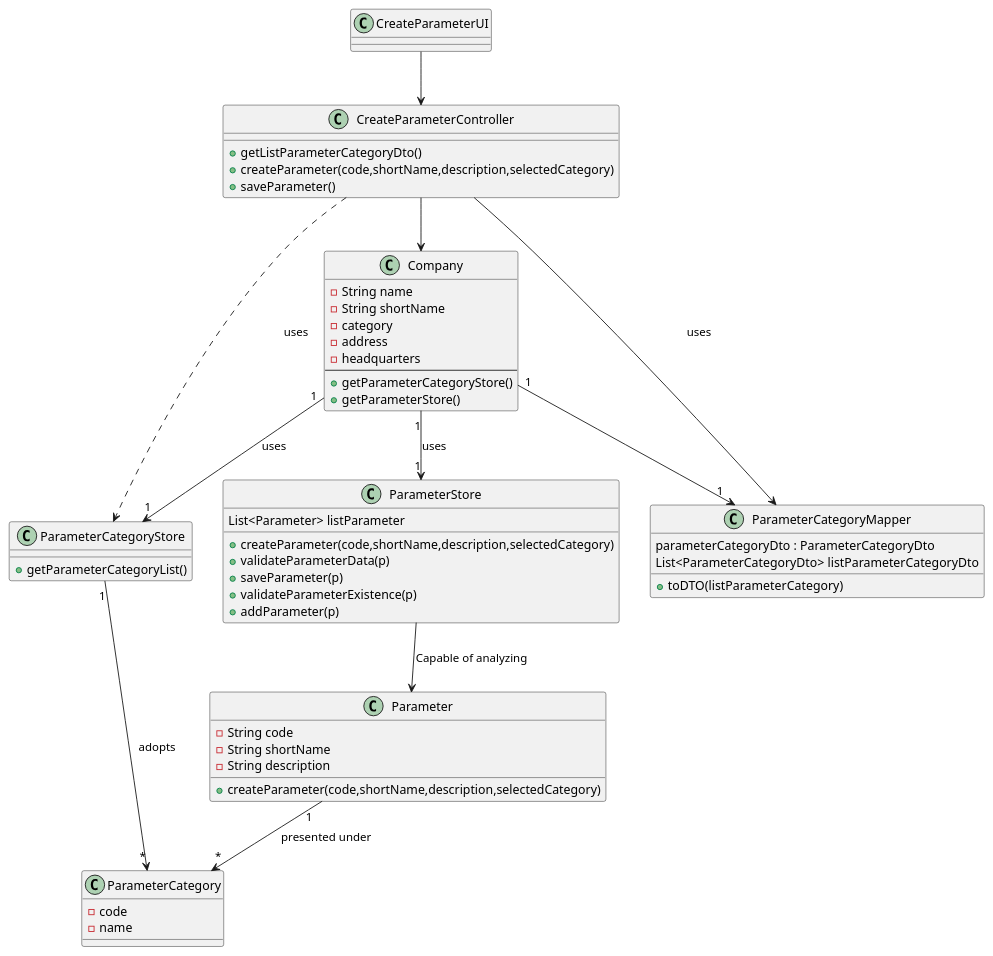
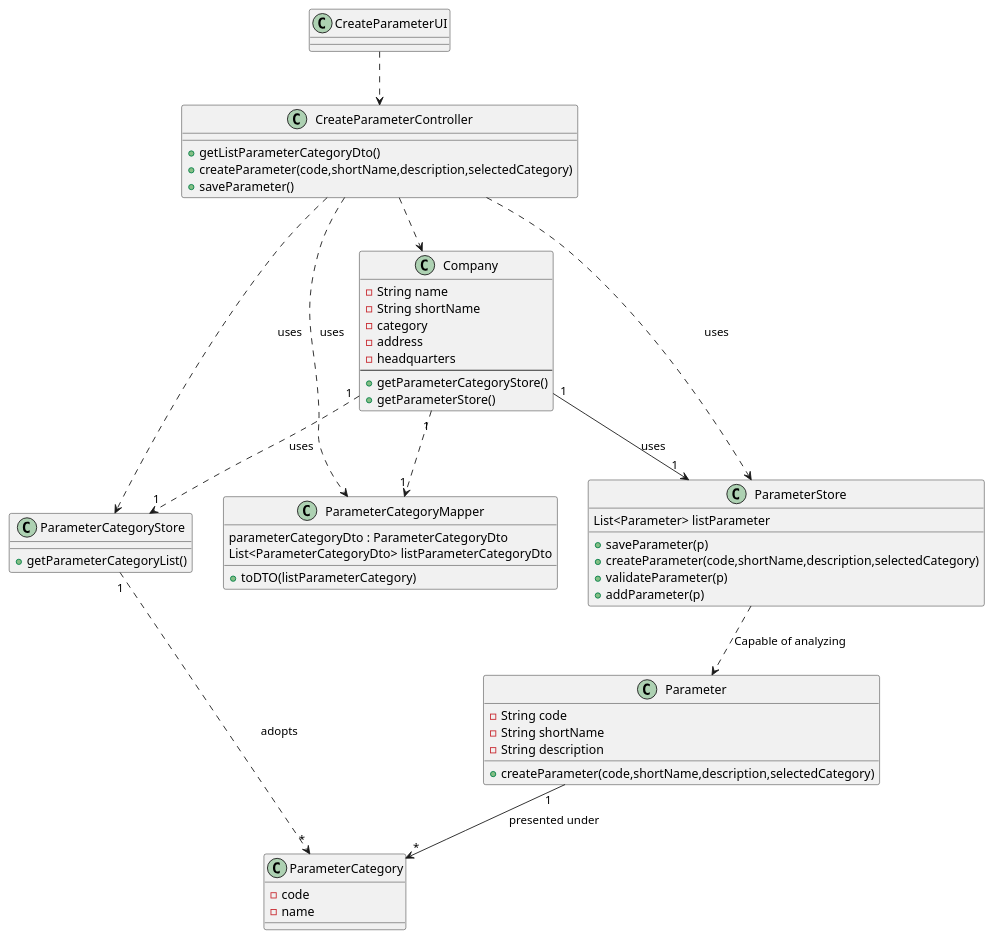
One commit to manu-07-ela/LAPR2_ISEP changed the diagram in docs/SprintB/US10/US10_CD.puml. Above: the diagram before and after it, drawn with PlantUML. The commit also changed 5 other files, not shown here.

Commit message:
Implementing the Create Parameter Controller

```diff
--- a/docs/SprintB/US10/US10_CD.puml
+++ b/docs/SprintB/US10/US10_CD.puml
@@ -1,69 +1,69 @@
 @startuml
 
 class CreateParameterUI{
 }
 
 class CreateParameterController{
 +getListParameterCategoryDto()
 +createParameter(code,shortName,description,selectedCategory)
 +saveParameter()
 }
 
 class Company{
 -String name
 -String shortName
 -category
 -address
 -headquarters
 --
 +getParameterCategoryStore()
 +getParameterStore()
 }
 
 class ParameterStore {
++saveParameter(p)
 +createParameter(code,shortName,description,selectedCategory)
-+validateParameterData(p)
-+saveParameter(p)
-+validateParameterExistence(p)
++validateParameter(p)
 +addParameter(p)
 
 List<Parameter> listParameter
 
 }
 
 class ParameterCategoryMapper{
 +toDTO(listParameterCategory)
 parameterCategoryDto : ParameterCategoryDto
 List<ParameterCategoryDto> listParameterCategoryDto
 }
 
 class ParameterCategoryStore {
 +getParameterCategoryList()
 }
 
 class Parameter{
 - String code
 - String shortName
 - String description
 +createParameter(code,shortName,description,selectedCategory)
 }
 
 class ParameterCategory{
 - code
 - name
 }
 
 
 
-CreateParameterUI --> CreateParameterController
-CreateParameterController --> Company
-CreateParameterController --> ParameterCategoryMapper : uses
+CreateParameterUI ..> CreateParameterController
+CreateParameterController ..> Company
+CreateParameterController ..> ParameterCategoryMapper : uses
 CreateParameterController ..> ParameterCategoryStore : uses
+CreateParameterController ..> ParameterStore : uses
 Company "1" --> "1" ParameterStore : uses
-Company "1" --> "1" ParameterCategoryMapper
-Company "1" --> "1" ParameterCategoryStore : uses
-ParameterStore --> Parameter : Capable of analyzing
-ParameterCategoryStore "1" --> "*" ParameterCategory : adopts
+Company "1" ..> "1" ParameterCategoryMapper
+Company "1" ..> "1" ParameterCategoryStore : uses
+ParameterStore ..> Parameter : Capable of analyzing
+ParameterCategoryStore "1" ..> "*" ParameterCategory : adopts
 Parameter "1" --> "*" ParameterCategory : presented under
 
 @enduml
```
